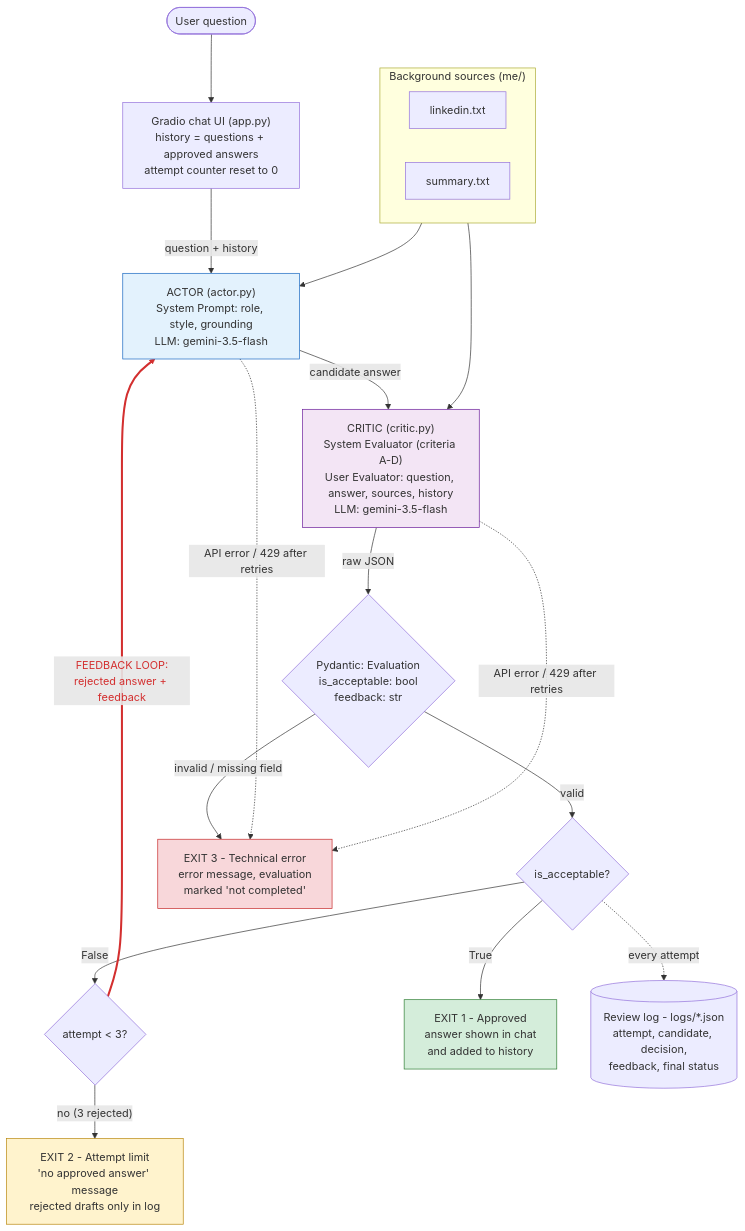
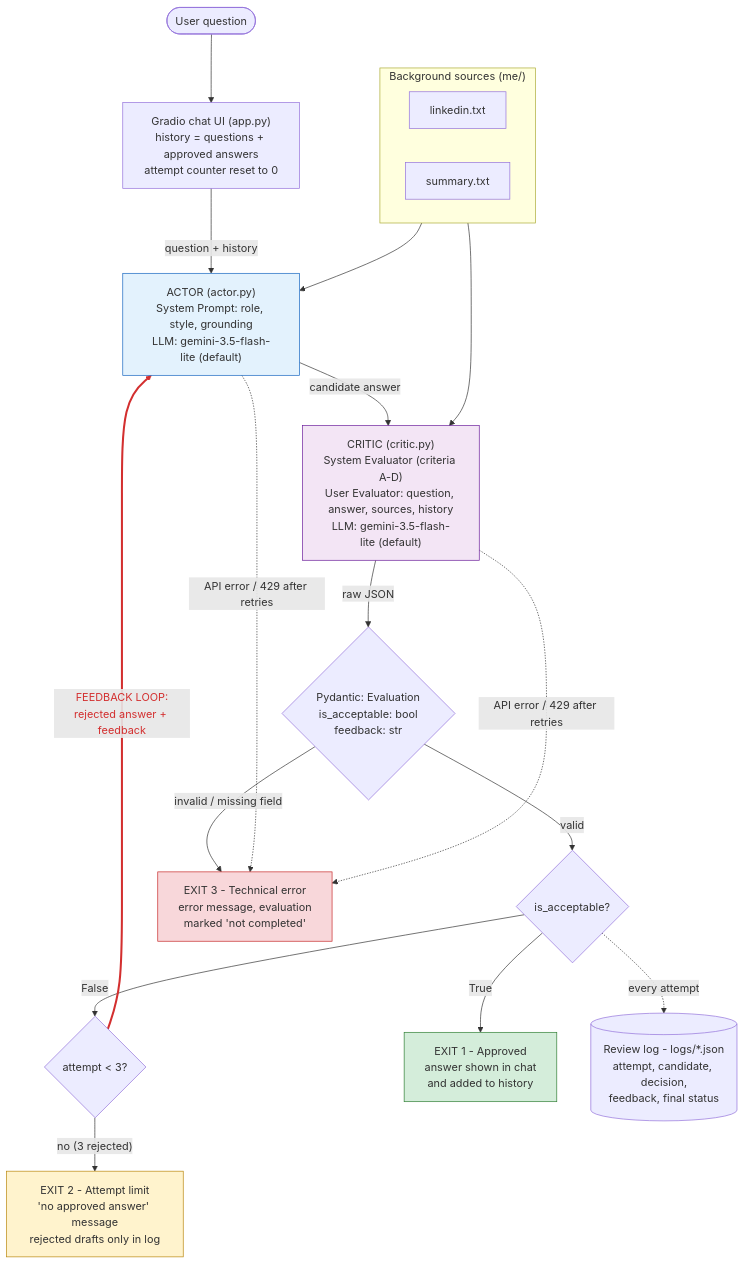
One commit to matan-simantov/ai-agents-assignment-1 changed the diagram in docs/architecture.mmd. Above: the diagram before and after it, drawn with Mermaid. The commit also changed 9 other files, not shown here.

First line of the commit message:
Use gemini-3.5-flash-lite by default, no retry on daily quota, Hebrew error messages

```diff
--- a/docs/architecture.mmd
+++ b/docs/architecture.mmd
@@ -1,32 +1,32 @@
 flowchart TD
     U(["User question"]) --> UI["Gradio chat UI (app.py)<br/>history = questions + approved answers<br/>attempt counter reset to 0"]
 
     subgraph SRC["Background sources (me/)"]
         LI["linkedin.txt"]
         SU["summary.txt"]
     end
 
-    UI -->|"question + history"| ACT["ACTOR (actor.py)<br/>System Prompt: role, style, grounding<br/>LLM: gemini-3.5-flash"]
+    UI -->|"question + history"| ACT["ACTOR (actor.py)<br/>System Prompt: role, style, grounding<br/>LLM: gemini-3.5-flash-lite (default)"]
     SRC --> ACT
-    ACT -->|"candidate answer"| CRI["CRITIC (critic.py)<br/>System Evaluator (criteria A-D)<br/>User Evaluator: question, answer, sources, history<br/>LLM: gemini-3.5-flash"]
+    ACT -->|"candidate answer"| CRI["CRITIC (critic.py)<br/>System Evaluator (criteria A-D)<br/>User Evaluator: question, answer, sources, history<br/>LLM: gemini-3.5-flash-lite (default)"]
     SRC --> CRI
 
     CRI -->|"raw JSON"| VAL{"Pydantic: Evaluation<br/>is_acceptable: bool<br/>feedback: str"}
     VAL -->|"valid"| DEC{"is_acceptable?"}
     DEC -->|"False"| CNT{"attempt < 3?"}
     CNT -->|"FEEDBACK LOOP:<br/>rejected answer + feedback"| ACT
 
     DEC -->|"True"| OK["EXIT 1 - Approved<br/>answer shown in chat<br/>and added to history"]
     CNT -->|"no (3 rejected)"| MAX["EXIT 2 - Attempt limit<br/>'no approved answer' message<br/>rejected drafts only in log"]
     VAL -->|"invalid / missing field"| ERR["EXIT 3 - Technical error<br/>error message, evaluation<br/>marked 'not completed'"]
     ACT -.->|"API error / 429 after retries"| ERR
     CRI -.->|"API error / 429 after retries"| ERR
 
     DEC -.->|"every attempt"| LOG[("Review log - logs/*.json<br/>attempt, candidate, decision,<br/>feedback, final status")]
 
     style OK fill:#d4edda,stroke:#2e7d32
     style MAX fill:#fff3cd,stroke:#b8860b
     style ERR fill:#f8d7da,stroke:#c62828
     style ACT fill:#e3f2fd,stroke:#1565c0
     style CRI fill:#f3e5f5,stroke:#6a1b9a
     linkStyle 8 stroke:#d32f2f,stroke-width:3px,color:#d32f2f
```
